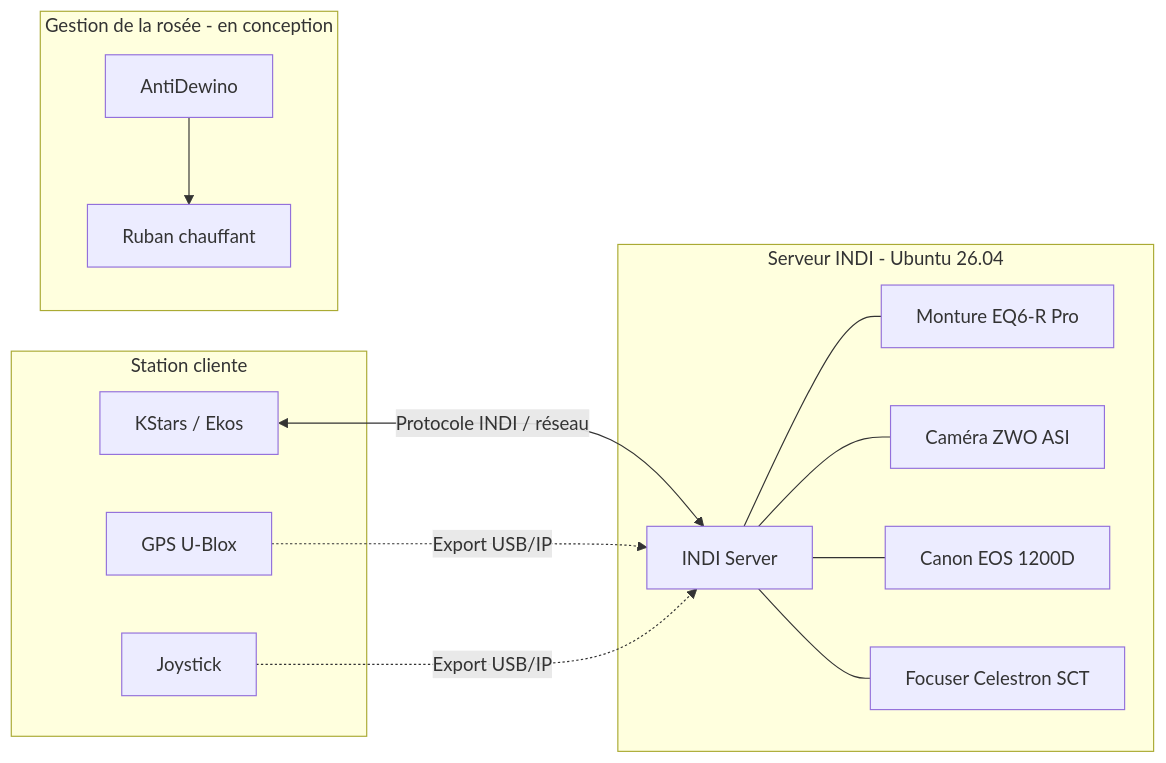
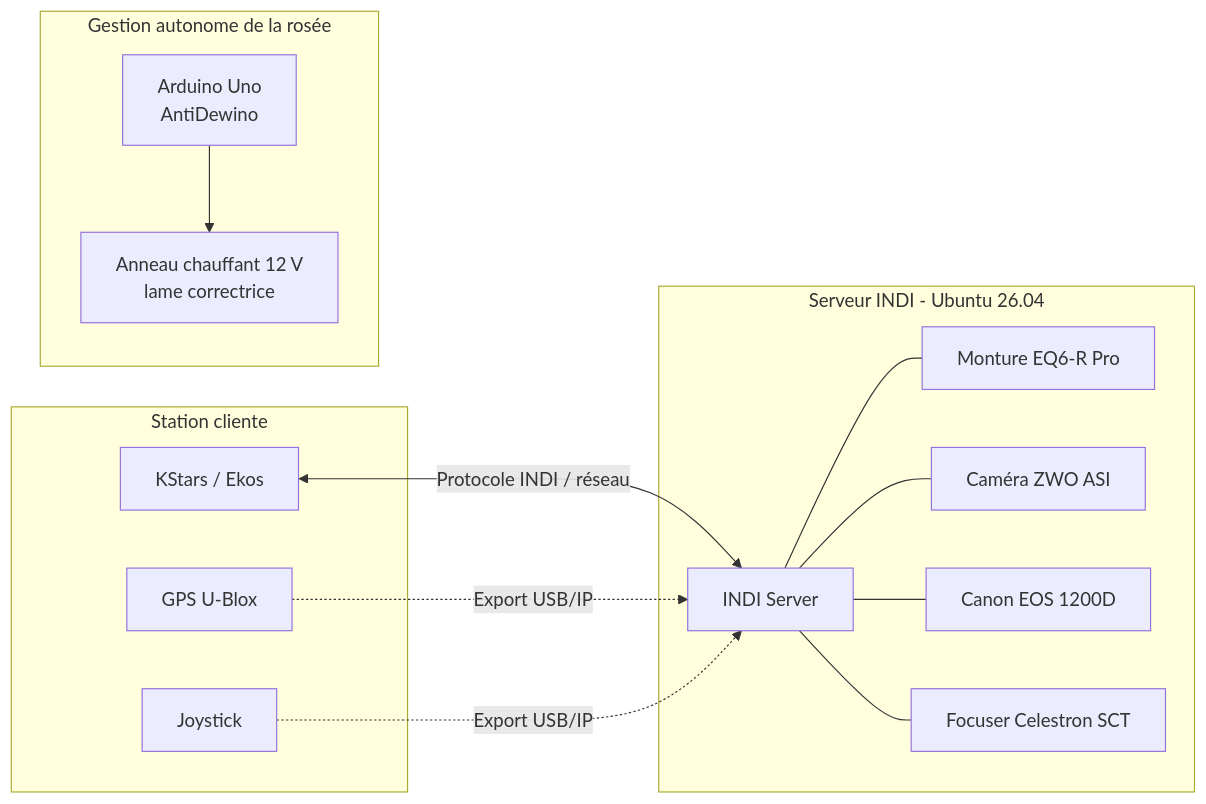
One commit to CosmicExplorator/cosmicexplorator.github.io changed the diagram in content/astronomie/configuration/architecture.md. Above: the diagram before and after it, drawn with Mermaid. The commit also changed other lines of this file and 5 other files, not shown here.

```diff
--- a/content/astronomie/configuration/architecture.md
+++ b/content/astronomie/configuration/architecture.md
@@ -9,31 +9,31 @@
 {{< mermaid >}}
 flowchart LR
     subgraph CLIENT["Station cliente"]
         K["KStars / Ekos"]
         G["GPS U-Blox"]
         J["Joystick"]
     end
 
     subgraph SERVER["Serveur INDI - Ubuntu 26.04"]
         I["INDI Server"]
         M["Monture EQ6-R Pro"]
         Z["Caméra ZWO ASI"]
         C["Canon EOS 1200D"]
         F["Focuser Celestron SCT"]
     end
 
-    subgraph DEW["Gestion de la rosée - en conception"]
-        A["AntiDewino"]
-        R["Ruban chauffant"]
+    subgraph DEW["Gestion autonome de la rosée"]
+        A["Arduino Uno<br/>AntiDewino"]
+        R["Anneau chauffant 12 V<br/>lame correctrice"]
     end
 
     K <-->|"Protocole INDI / réseau"| I
     G -. "Export USB/IP" .-> I
     J -. "Export USB/IP" .-> I
 
     I --- M
     I --- Z
     I --- C
     I --- F
     A --> R
 {{< /mermaid >}}
```
